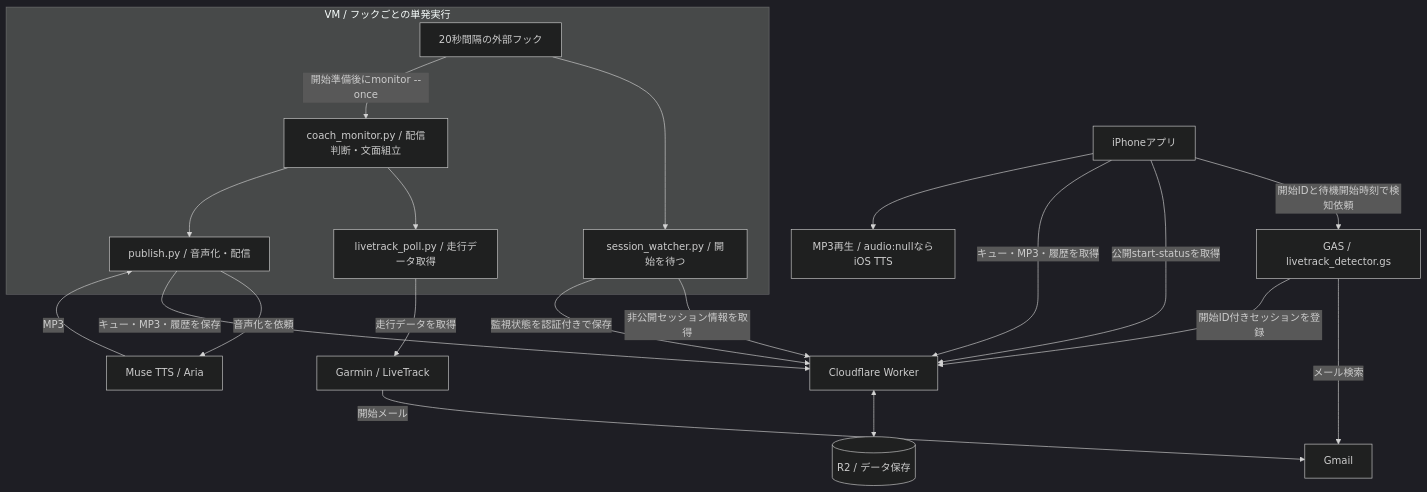
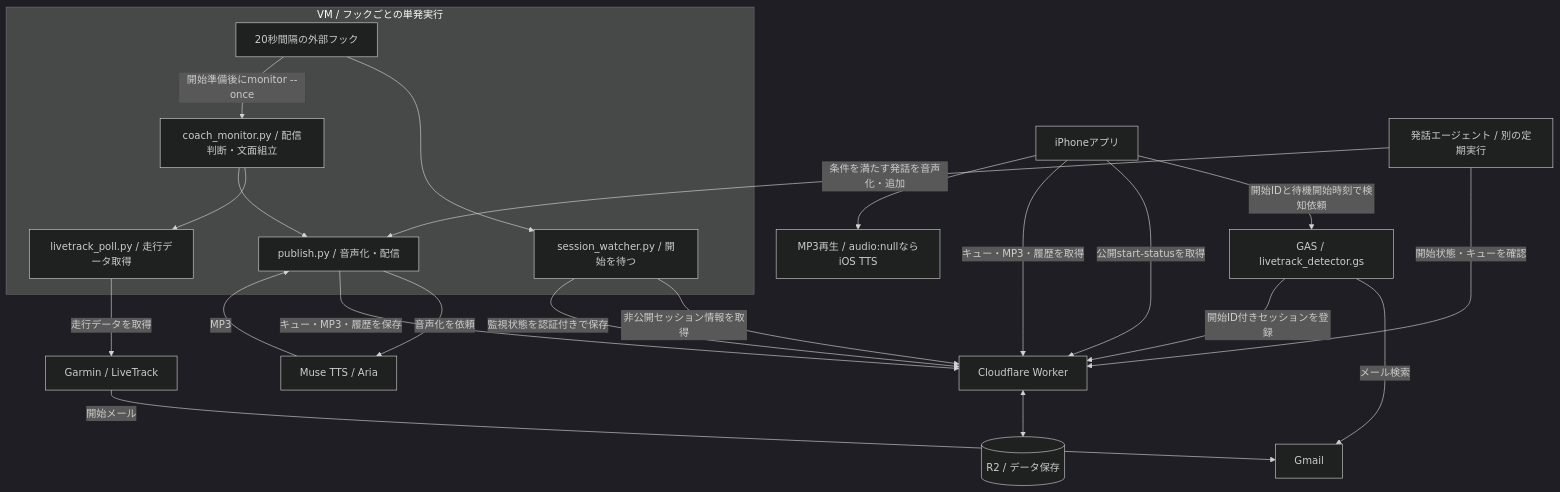
One commit to comeonyama/voice-coach-for-muse changed the first of 4 diagrams in docs/system-and-data-flow.md. Above: the diagram before and after it, drawn with Mermaid (dark theme). The commit also changed other lines of this file and 9 other files, not shown here.

````diff
--- a/docs/system-and-data-flow.md
+++ b/docs/system-and-data-flow.md
@@ -17,27 +17,29 @@
 ```mermaid
 flowchart TB
   Garmin[Garmin / LiveTrack] -->|開始メール| Gmail[Gmail]
   Phone[iPhoneアプリ] -->|開始IDと待機開始時刻で検知依頼| GAS[GAS / livetrack_detector.gs]
   GAS -->|メール検索| Gmail
   GAS -->|開始ID付きセッションを登録| Worker[Cloudflare Worker]
   subgraph VM[VM / フックごとの単発実行]
     Watcher[session_watcher.py / 開始を待つ]
     Monitor[coach_monitor.py / 配信判断・文面組立]
     Poll[livetrack_poll.py / 走行データ取得]
     Publish[publish.py / 音声化・配信]
     Hook[20秒間隔の外部フック] --> Watcher
     Hook -->|開始準備後にmonitor --once| Monitor
     Monitor --> Poll
     Monitor --> Publish
   end
   Watcher -->|非公開セッション情報を取得| Worker
   Watcher -->|監視状態を認証付きで保存| Worker
   Phone -->|公開start-statusを取得| Worker
   Poll -->|走行データを取得| Garmin
   Publish -->|音声化を依頼| TTS[Muse TTS / Aria]
   TTS -->|MP3| Publish
   Publish -->|キュー・MP3・履歴を保存| Worker
+  Agent[発話エージェント / 別の定期実行] -->|開始状態・キューを確認| Worker
+  Agent -->|条件を満たす発話を音声化・追加| Publish
   Worker <--> R2[(R2 / データ保存)]
   Phone -->|キュー・MP3・履歴を取得| Worker
   Phone --> Playback[MP3再生 / audio:nullならiOS TTS]
 ```
````
